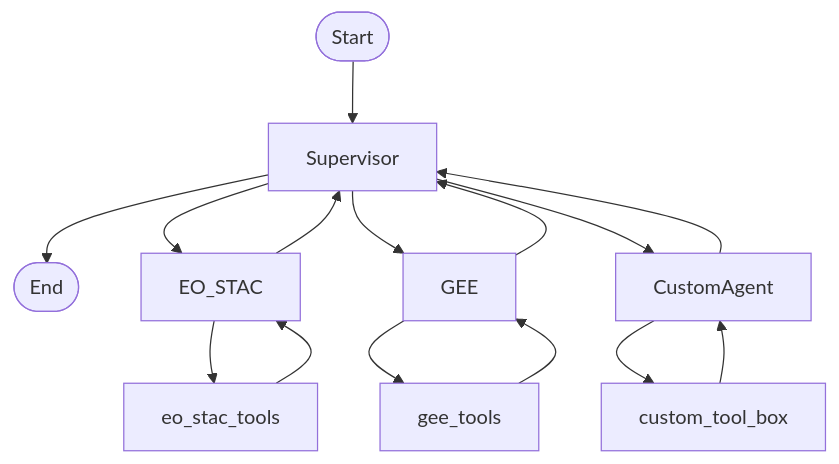
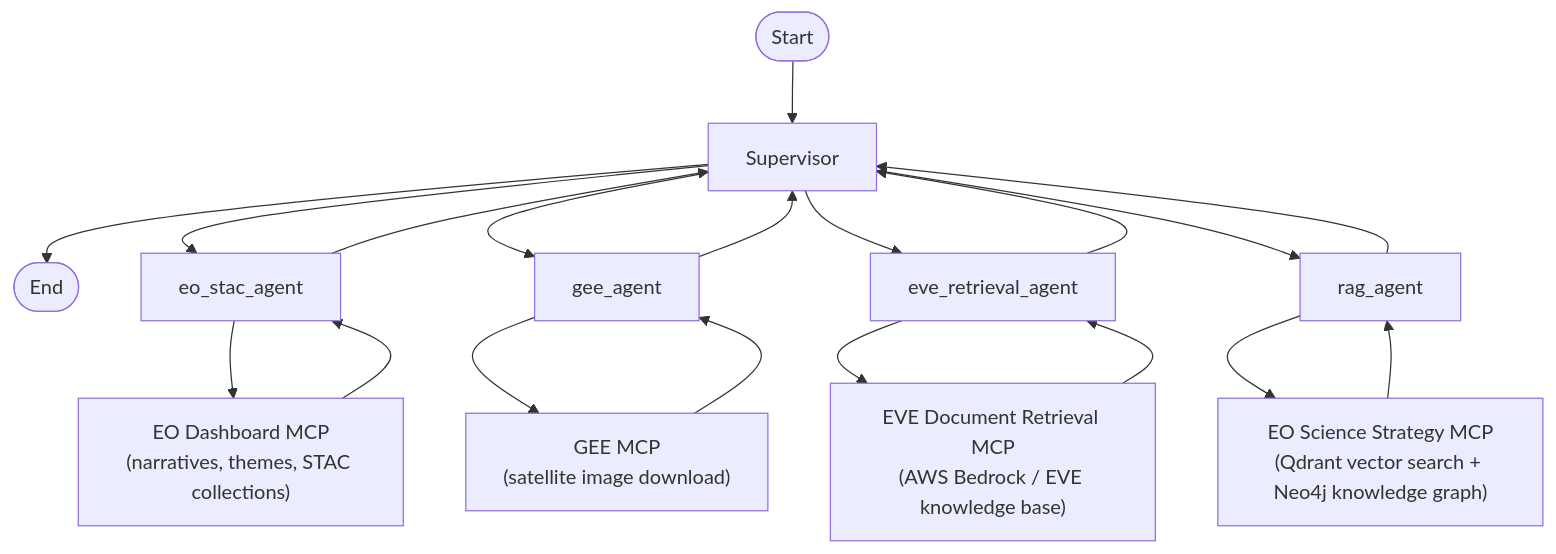
Before and after one commit to Riccardo7-DS/agenticeoecosystem: the diagram in README.md, drawn with Mermaid. The commit also changed other lines of this file and 7 other files, not shown here.

````diff
--- a/README.md
+++ b/README.md
@@ -115,35 +161,38 @@
 ```mermaid
 graph TD
 
     Start([Start])
     End([End])
 
     %% Supervisor
     Start --> Supervisor
-    Supervisor --> EO_STAC
-    Supervisor --> GEE
-    Supervisor --> OtherAgent
 
-    %% EO_STAC agent and its tools
-    EO_STAC --> EO_ToolBox[eo_stac_tools]
-    EO_ToolBox --> EO_STAC
+    Supervisor --> EO_STAC[eo_stac_agent]
+    Supervisor --> GEE[gee_agent]
+    Supervisor --> EVE[eve_retrieval_agent]
+    Supervisor --> RAG[rag_agent]
 
-    %% GEE agent and its tools
-    GEE --> GEE_ToolBox[gee_tools]
-    GEE_ToolBox --> GEE
-    
+    %% EO Dashboard agent
+    EO_STAC --> EO_MCP["EO Dashboard MCP\n(narratives, themes, STAC collections)"]
+    EO_MCP --> EO_STAC
 
-    %% Other agent and its tools
-    OtherAgent[CustomAgent] --> ToolBox[custom_tool_box]
-    ToolBox --> OtherAgent
+    %% GEE agent
+    GEE --> GEE_MCP["GEE MCP\n(satellite image download)"]
+    GEE_MCP --> GEE
 
+    %% EVE retrieval agent
+    EVE --> EVE_MCP["EVE Document Retrieval MCP\n(AWS Bedrock / EVE knowledge base)"]
+    EVE_MCP --> EVE
 
-    %% Supervisor decision loop
+    %% Hybrid RAG agent
+    RAG --> HYBRIDRAG_MCP["EO Science Strategy MCP\n(Qdrant vector search + Neo4j knowledge graph)"]
+    HYBRIDRAG_MCP --> RAG
+
+    %% Return to supervisor
     EO_STAC --> Supervisor
     GEE --> Supervisor
-    OtherAgent --> Supervisor
+    EVE --> Supervisor
+    RAG --> Supervisor
 
-    %% Exit condition
     Supervisor --> End
-
 ```
````
